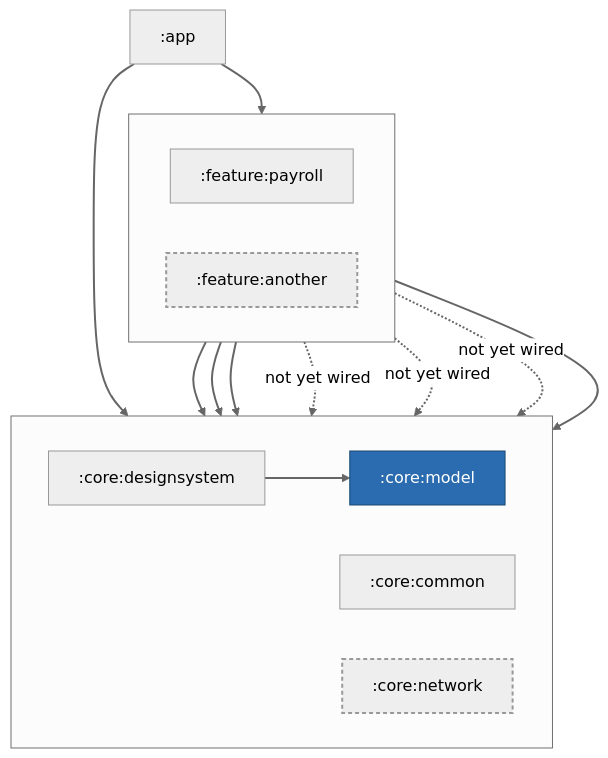
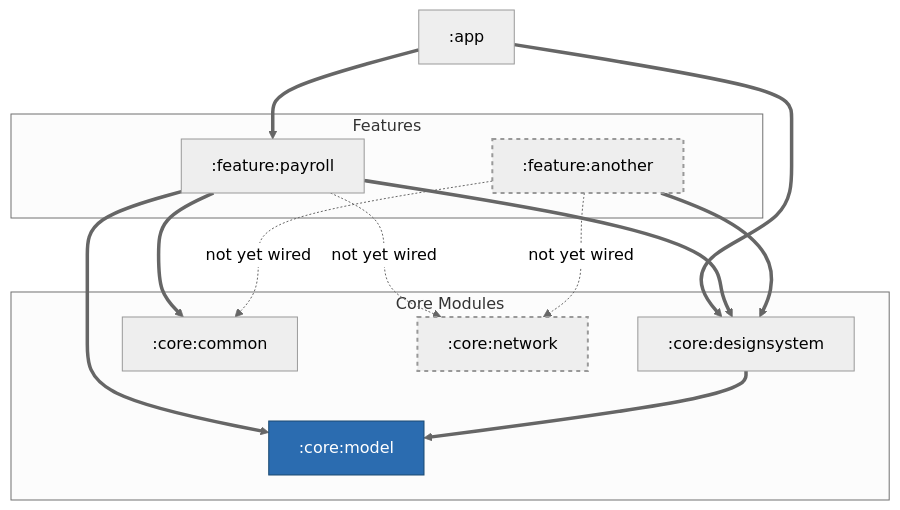
The diagram in README.md (deepakkanyan/Payroll), drawn with Mermaid (neutral theme) before and after one commit.

Commit message:
Harden README Mermaid diagram for GitHub rendering
Replace blank-quoted subgraph titles with real labels and drop the
non-standard direction/linkStyle overrides that GitHub's Mermaid
renderer handles inconsistently.

Claude-Session: https://claude.ai/code/session_01RtQxSofSYoGgXd4Ntprm28

````diff
--- a/README.md
+++ b/README.md
@@ -71,38 +71,35 @@
 ```mermaid
 graph TD
     App[":app"]
 
-    subgraph Features [" "]
-        direction LR
+    subgraph Features
         FeaturePayroll[":feature:payroll"]
         FeatureAnother[":feature:another"]
     end
 
-    subgraph Core [" "]
-        direction LR
+    subgraph Core Modules
         CoreDesignSystem[":core:designsystem"]
         CoreModel[":core:model"]
         CoreCommon[":core:common"]
         CoreNetwork[":core:network"]
     end
 
     App ==> FeaturePayroll
     App ==> CoreDesignSystem
 
+    FeaturePayroll ==> CoreDesignSystem
     FeaturePayroll ==> CoreModel
     FeaturePayroll ==> CoreCommon
-    FeaturePayroll ==> CoreDesignSystem
     FeaturePayroll -.->|not yet wired| CoreNetwork
 
+    FeatureAnother ==> CoreDesignSystem
     FeatureAnother -.->|not yet wired| CoreCommon
     FeatureAnother -.->|not yet wired| CoreNetwork
-    FeatureAnother ==> CoreDesignSystem
 
     CoreDesignSystem ==> CoreModel
 
     classDef core fill:#2b6cb0,color:#fff,stroke:#1a4971,stroke-width:1px
-    classDef planned stroke-dasharray:4 3,stroke-width:2px
+    classDef planned stroke-dasharray:4,3,stroke-width:2px
     class CoreModel core
     class FeatureAnother,CoreNetwork planned
-    linkStyle default stroke-width:2px
 ```
````
